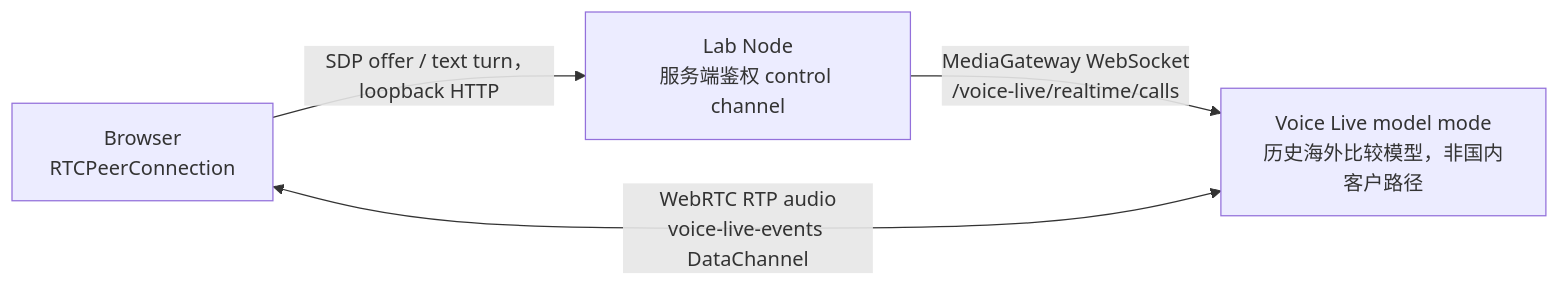
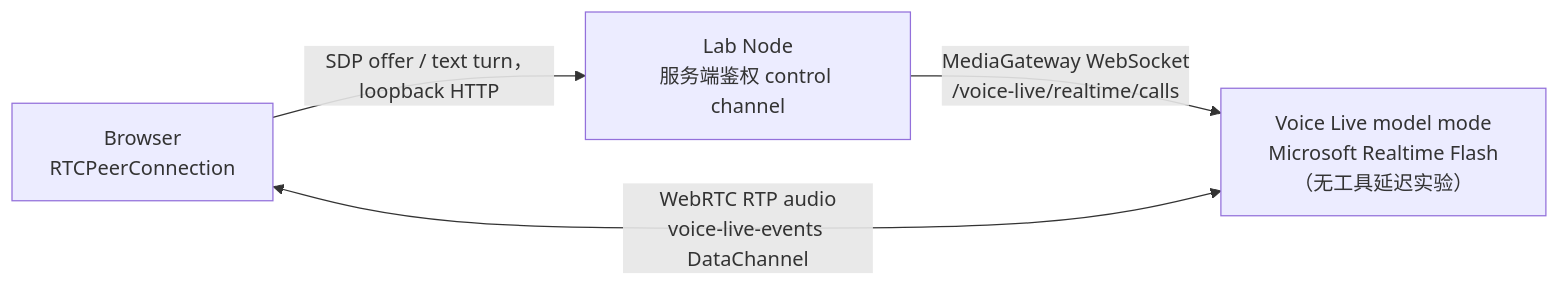
One commit to ZhaoChaoqun/voice-agent changed the third of 4 diagrams in samples/haier-voice-home/ARCHITECTURE.md. Above: the diagram before and after it, drawn with Mermaid. The commit also changed 11 other files, not shown here.

Commit message:
Ignore duplicate truncation errors and add Flash WebRTC lab support

````diff
--- a/samples/haier-voice-home/ARCHITECTURE.md
+++ b/samples/haier-voice-home/ARCHITECTURE.md
@@ -154,6 +154,6 @@
 ```mermaid
 flowchart LR
   B["Browser<br/>RTCPeerConnection"] -->|"SDP offer / text turn，loopback HTTP"| N["Lab Node<br/>服务端鉴权 control channel"]
-  N -->|"MediaGateway WebSocket<br/>/voice-live/realtime/calls"| L["Voice Live model mode<br/>历史海外比较模型，非国内客户路径"]
+  N -->|"MediaGateway WebSocket<br/>/voice-live/realtime/calls"| L["Voice Live model mode<br/>Microsoft Realtime Flash（无工具延迟实验）"]
   B <-->|"WebRTC RTP audio<br/>voice-live-events DataChannel"| L
 ```
````
